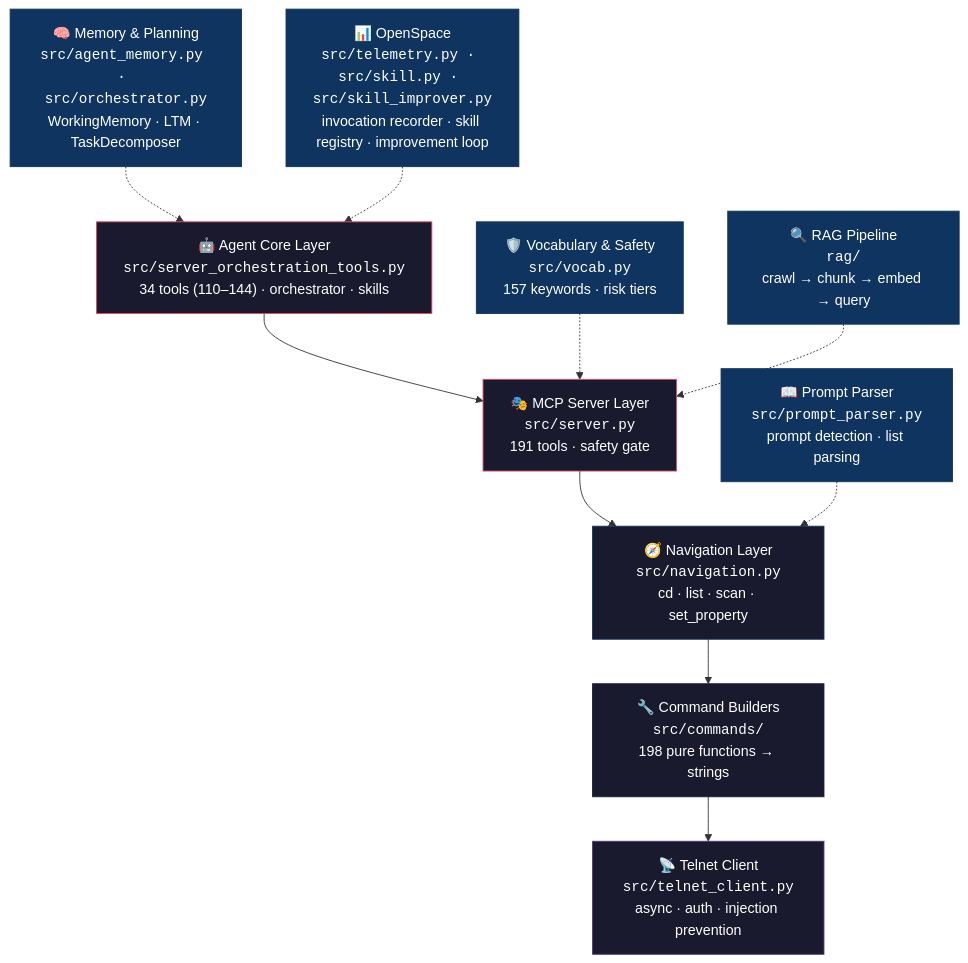
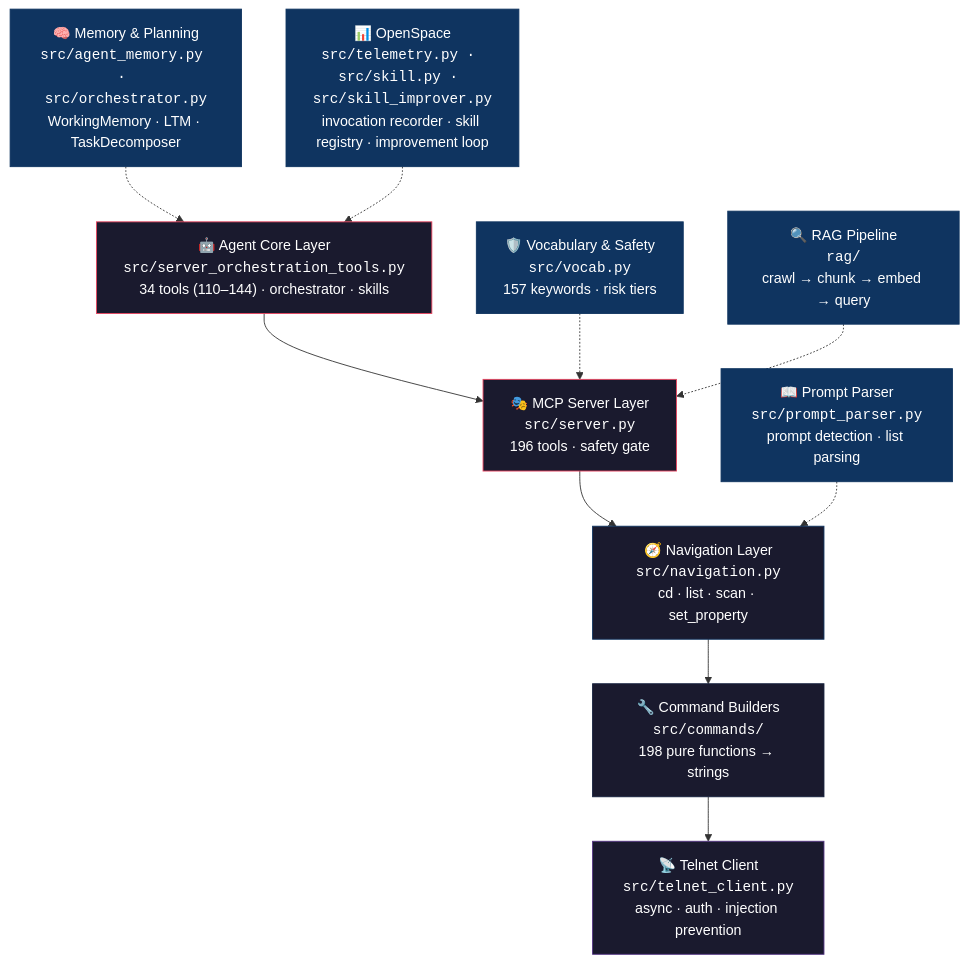
Before and after one commit to drohi-r/grandma2-mcp: the first of 2 diagrams in README.md, drawn with Mermaid. The commit also changed other lines of this file and 11 other files, not shown here.

````diff
--- a/README.md
+++ b/README.md
@@ -64,25 +64,25 @@
 ```mermaid
 graph TD
     H["🤖 Agent Core Layer<br/><code>src/server_orchestration_tools.py</code><br/>34 tools (110–144) · orchestrator · skills"] --> A
-    A["🎭 MCP Server Layer<br/><code>src/server.py</code><br/>191 tools · safety gate"] --> B
+    A["🎭 MCP Server Layer<br/><code>src/server.py</code><br/>196 tools · safety gate"] --> B
     B["🧭 Navigation Layer<br/><code>src/navigation.py</code><br/>cd · list · scan · set_property"] --> C
     C["🔧 Command Builders<br/><code>src/commands/</code><br/>198 pure functions → strings"] --> D
     D["📡 Telnet Client<br/><code>src/telnet_client.py</code><br/>async · auth · injection prevention"]
 
     E["📖 Prompt Parser<br/><code>src/prompt_parser.py</code><br/>prompt detection · list parsing"] -.-> B
     F["🛡️ Vocabulary & Safety<br/><code>src/vocab.py</code><br/>157 keywords · risk tiers"] -.-> A
     G["🔍 RAG Pipeline<br/><code>rag/</code><br/>crawl → chunk → embed → query"] -.-> A
     I["🧠 Memory & Planning<br/><code>src/agent_memory.py · src/orchestrator.py</code><br/>WorkingMemory · LTM · TaskDecomposer"] -.-> H
     J["📊 OpenSpace<br/><code>src/telemetry.py · src/skill.py · src/skill_improver.py</code><br/>invocation recorder · skill registry · improvement loop"] -.-> H
 
     style H fill:#1a1a2e,stroke:#e94560,color:#fff
     style A fill:#1a1a2e,stroke:#e94560,color:#fff
     style B fill:#1a1a2e,stroke:#0f3460,color:#fff
     style C fill:#1a1a2e,stroke:#16213e,color:#fff
     style D fill:#1a1a2e,stroke:#533483,color:#fff
     style E fill:#0f3460,stroke:#0f3460,color:#fff
     style F fill:#0f3460,stroke:#0f3460,color:#fff
     style G fill:#0f3460,stroke:#0f3460,color:#fff
     style I fill:#0f3460,stroke:#0f3460,color:#fff
     style J fill:#0f3460,stroke:#0f3460,color:#fff
 ```
````
